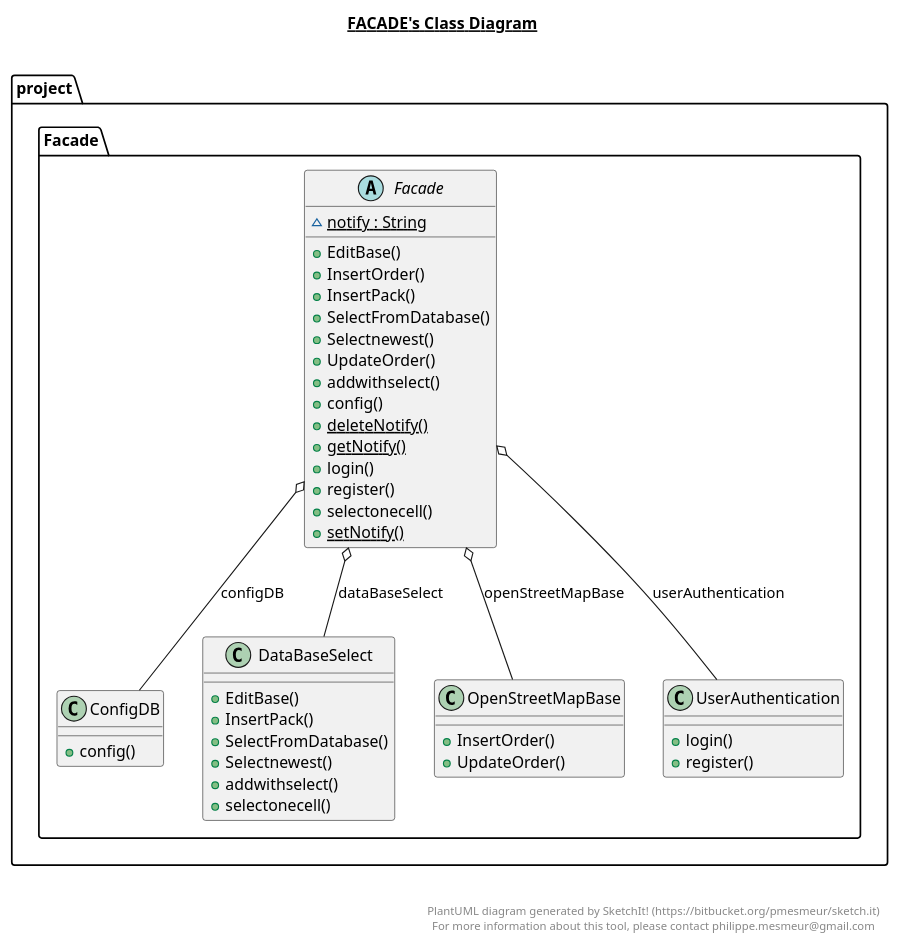
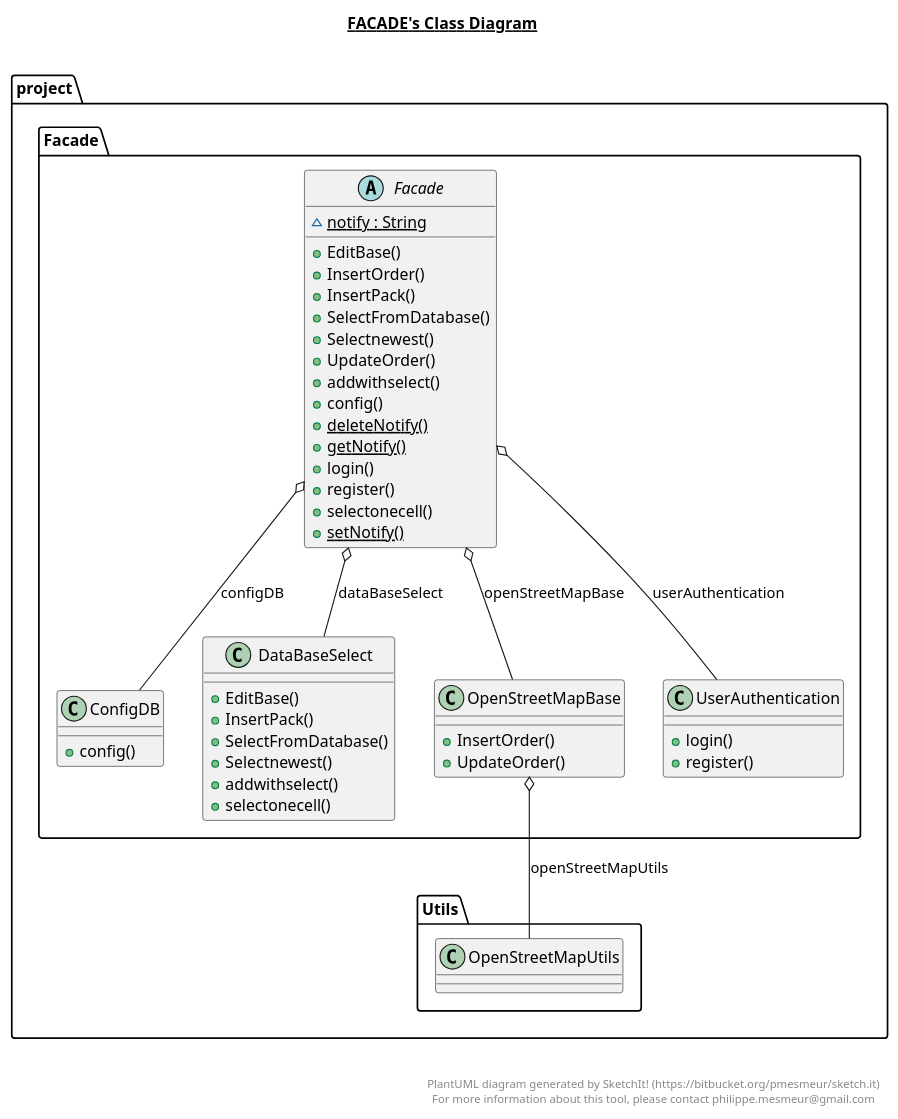
Before and after one commit to kplusa/Firma-Transportowa: the diagram in src/project/Facade/Facade.plantuml, drawn with PlantUML. The commit also changed 38 other files, not shown here.

```diff
--- a/src/project/Facade/Facade.plantuml
+++ b/src/project/Facade/Facade.plantuml
@@ -1,84 +1,85 @@
 @startuml
 
 title __FACADE's Class Diagram__\n
 
   namespace project {
     namespace Facade {
       class project.Facade.ConfigDB {
           + config()
       }
     }
   }
   
 
   namespace project {
     namespace Facade {
       class project.Facade.DataBaseSelect {
           + EditBase()
           + InsertPack()
           + SelectFromDatabase()
           + Selectnewest()
           + addwithselect()
           + selectonecell()
       }
     }
   }
   
 
   namespace project {
     namespace Facade {
       abstract class project.Facade.Facade {
           {static} ~ notify : String
           + EditBase()
           + InsertOrder()
           + InsertPack()
           + SelectFromDatabase()
           + Selectnewest()
           + UpdateOrder()
           + addwithselect()
           + config()
           {static} + deleteNotify()
           {static} + getNotify()
           + login()
           + register()
           + selectonecell()
           {static} + setNotify()
       }
     }
   }
   
 
   namespace project {
     namespace Facade {
       class project.Facade.OpenStreetMapBase {
           + InsertOrder()
           + UpdateOrder()
       }
     }
   }
   
 
   namespace project {
     namespace Facade {
       class project.Facade.UserAuthentication {
           + login()
           + register()
       }
     }
   }
   
 
   project.Facade.Facade o-- project.Facade.ConfigDB : configDB
   project.Facade.Facade o-- project.Facade.DataBaseSelect : dataBaseSelect
   project.Facade.Facade o-- project.Facade.OpenStreetMapBase : openStreetMapBase
   project.Facade.Facade o-- project.Facade.UserAuthentication : userAuthentication
+  project.Facade.OpenStreetMapBase o-- project.Utils.OpenStreetMapUtils : openStreetMapUtils
 
 
 right footer
 
 
 PlantUML diagram generated by SketchIt! (https://bitbucket.org/pmesmeur/sketch.it)
 For more information about this tool, please contact philippe.mesmeur@gmail.com
 endfooter
 
 @enduml
```
